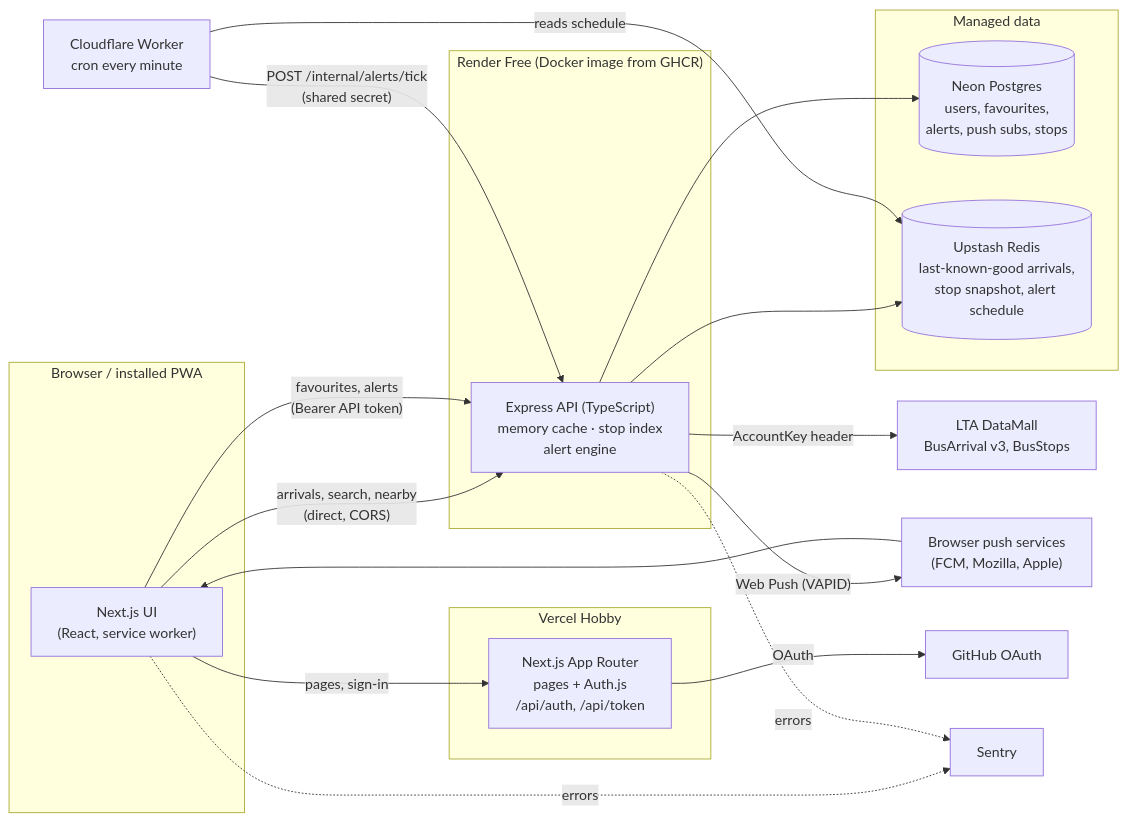
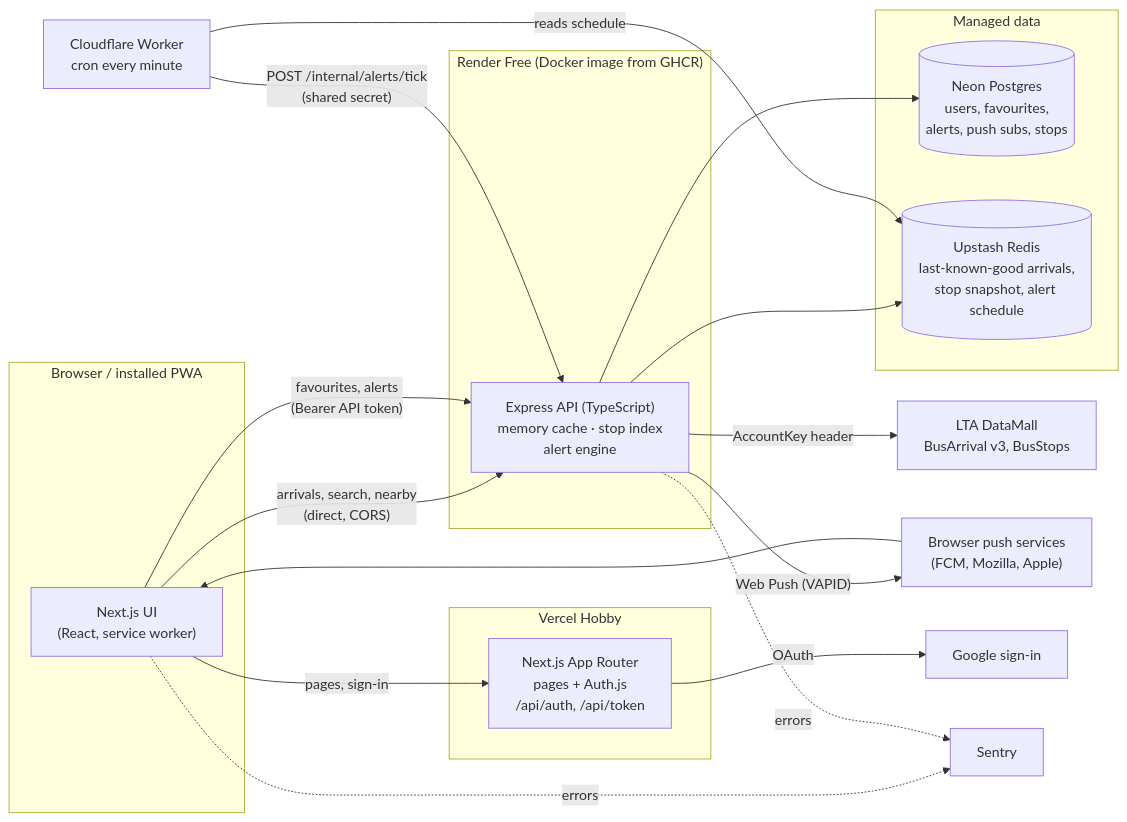
One commit to EthanYap123/sg-transit-companion changed the first of 4 diagrams in docs/ARCHITECTURE.md. Above: the diagram before and after it, drawn with Mermaid. The commit also changed other lines of this file and 27 other files, not shown here.

First line of the commit message:
feat(web): replace github sign-in with google (#59)

````diff
--- a/docs/ARCHITECTURE.md
+++ b/docs/ARCHITECTURE.md
@@ -7,39 +7,39 @@
 ```mermaid
 flowchart LR
     subgraph Client["Browser / installed PWA"]
         UI["Next.js UI<br/>(React, service worker)"]
     end
 
     subgraph Vercel["Vercel Hobby"]
         Web["Next.js App Router<br/>pages + Auth.js<br/>/api/auth, /api/token"]
     end
 
     subgraph Render["Render Free (Docker image from GHCR)"]
         API["Express API (TypeScript)<br/>memory cache · stop index<br/>alert engine"]
     end
 
     subgraph Data["Managed data"]
         PG[("Neon Postgres<br/>users, favourites,<br/>alerts, push subs, stops")]
         RD[("Upstash Redis<br/>last-known-good arrivals,<br/>stop snapshot, alert schedule")]
     end
 
     LTA["LTA DataMall<br/>BusArrival v3, BusStops"]
     CF["Cloudflare Worker<br/>cron every minute"]
     Push["Browser push services<br/>(FCM, Mozilla, Apple)"]
-    GH["GitHub OAuth"]
+    GH["Google sign-in"]
     Sentry["Sentry"]
 
     UI -- "pages, sign-in" --> Web
     Web -- "OAuth" --> GH
     UI -- "arrivals, search, nearby<br/>(direct, CORS)" --> API
     UI -- "favourites, alerts<br/>(Bearer API token)" --> API
     API --> PG
     API --> RD
     API -- "AccountKey header" --> LTA
     CF -- "reads schedule" --> RD
     CF -- "POST /internal/alerts/tick<br/>(shared secret)" --> API
     API -- "Web Push (VAPID)" --> Push
     Push --> UI
     UI -. errors .-> Sentry
     API -. errors .-> Sentry
 ```
````
